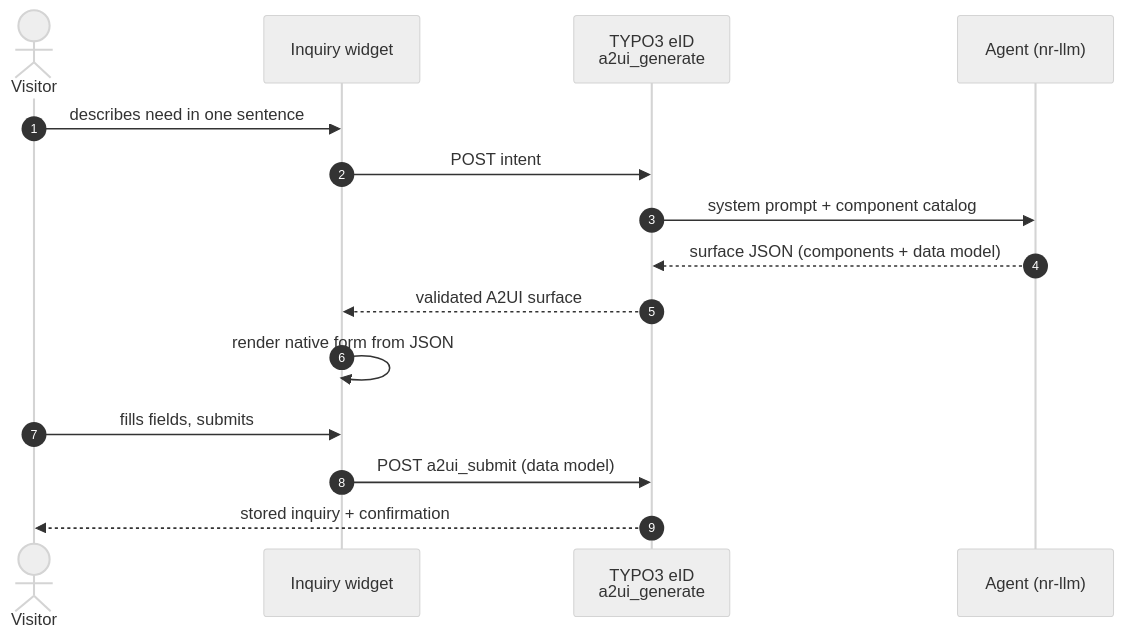
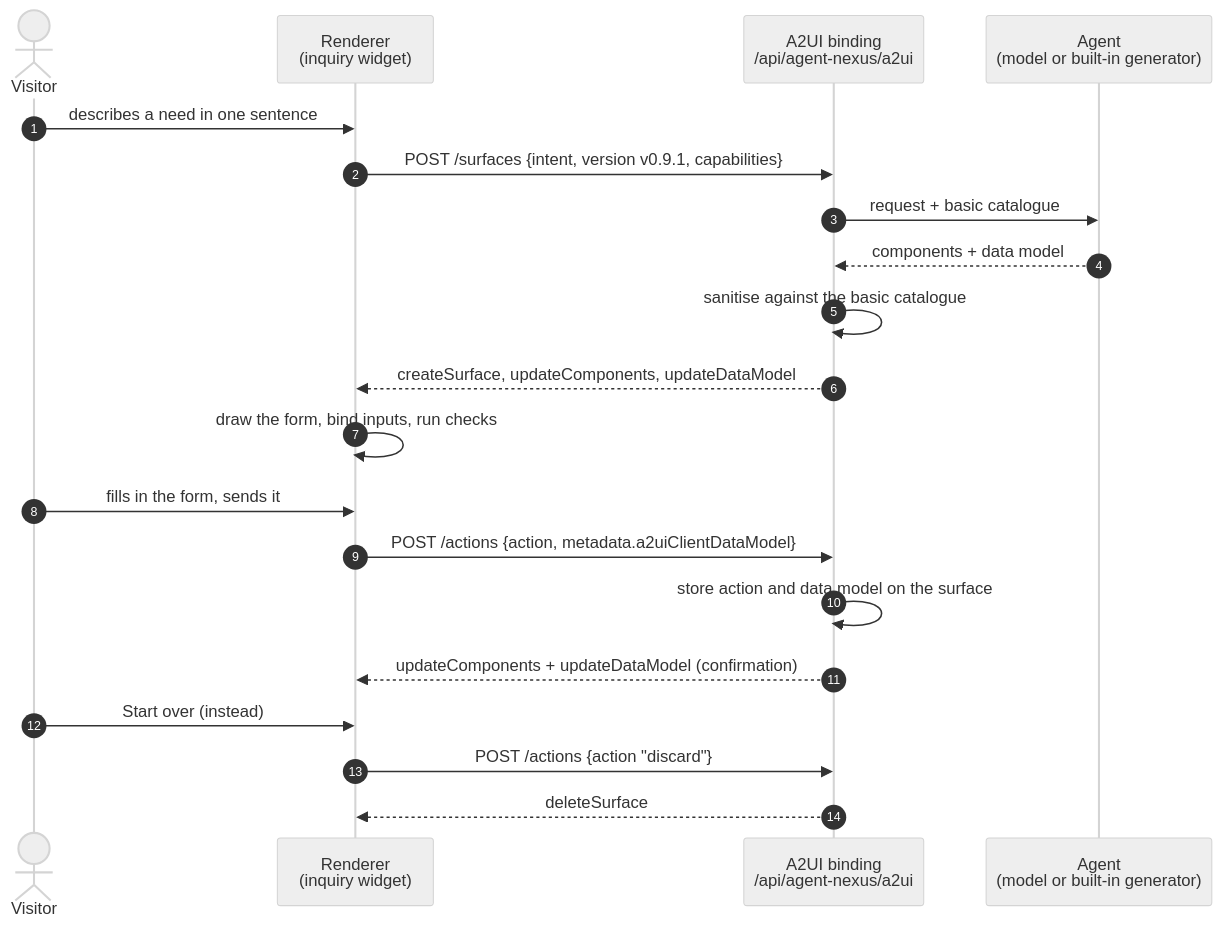
Before and after one commit to dirnbauer/typo3-agent-nexus: the diagram in Build/Diagrams/a2ui.mmd, drawn with Mermaid (neutral theme). The commit also changed 1 other file, not shown here.

Commit message:
docs(a2ui): the v0.9.1 flow, the v1.0 option, the catalogue, endpoints and curl
The A2UI page described the 3.1 eID endpoints and the inquiry table. It now
covers what 4.0 implements: the v0.9.1 message sequence and the v1.0
candidate side by side, how the version is chosen, the three endpoints with
their request and answer shapes, every refusal with its status and code, the
official basic catalogue and how the registry is kept in step with it, the
renderer, surfaces as protocol objects, the playground, the widget, what is
simulated, and curl calls for all of it. The sequence diagram source follows
the same flow (not rendered here).

```diff
--- a/Build/Diagrams/a2ui.mmd
+++ b/Build/Diagrams/a2ui.mmd
@@ -1,15 +1,20 @@
 sequenceDiagram
     autonumber
     actor V as Visitor
-    participant W as Inquiry widget
-    participant E as TYPO3 eID<br/>a2ui_generate
-    participant A as Agent (nr-llm)
-    V->>W: describes need in one sentence
-    W->>E: POST intent
-    E->>A: system prompt + component catalog
-    A-->>E: surface JSON (components + data model)
-    E-->>W: validated A2UI surface
-    W->>W: render native form from JSON
-    V->>W: fills fields, submits
-    W->>E: POST a2ui_submit (data model)
-    E-->>V: stored inquiry + confirmation
+    participant R as Renderer<br/>(inquiry widget)
+    participant E as A2UI binding<br/>/api/agent-nexus/a2ui
+    participant A as Agent<br/>(model or built-in generator)
+    V->>R: describes a need in one sentence
+    R->>E: POST /surfaces {intent, version v0.9.1, capabilities}
+    E->>A: request + basic catalogue
+    A-->>E: components + data model
+    E->>E: sanitise against the basic catalogue
+    E-->>R: createSurface, updateComponents, updateDataModel
+    R->>R: draw the form, bind inputs, run checks
+    V->>R: fills in the form, sends it
+    R->>E: POST /actions {action, metadata.a2uiClientDataModel}
+    E->>E: store action and data model on the surface
+    E-->>R: updateComponents + updateDataModel (confirmation)
+    V->>R: Start over (instead)
+    R->>E: POST /actions {action "discard"}
+    E-->>R: deleteSurface
```
